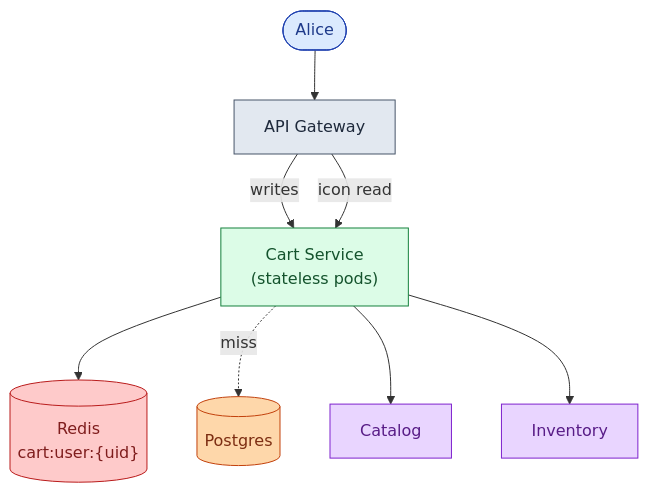
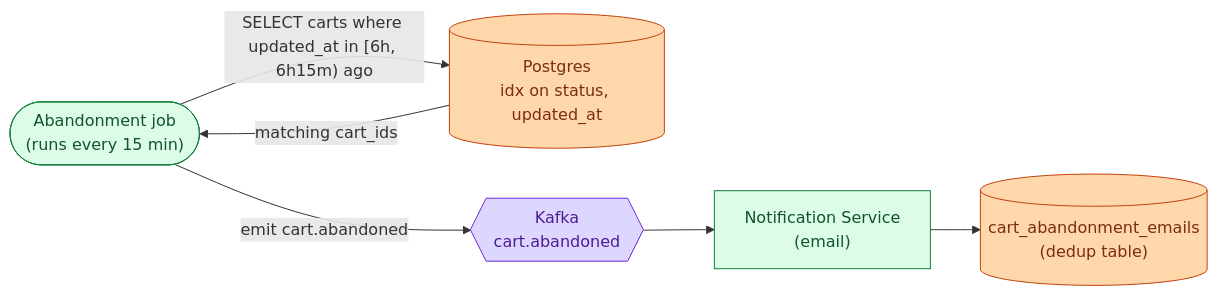
One commit to shiningflash/shiningflash.github.io changed the seventh of 16 diagrams in _practice/system-design/012-shopping-cart.md. Above: the diagram before and after it, drawn with Mermaid. The commit also changed other lines of this file and 18 other files, not shown here.

````diff
--- a/_practice/system-design/012-shopping-cart.md
+++ b/_practice/system-design/012-shopping-cart.md
@@ -326,17 +373,18 @@
 ```mermaid
-flowchart TB
-    C([Alice]):::user --> GW["API Gateway"]:::edge
-    GW -->|writes| CS["Cart Service<br/>(stateless pods)"]:::app
-    GW -->|icon read| CS
-    CS --> R[("Redis<br/>cart:user:{uid}")]:::cache
-    CS -.miss.-> DB[("Postgres")]:::db
-    CS --> Cat["Catalog"]:::ext
-    CS --> Inv["Inventory"]:::ext
+flowchart LR
+    Job(["Abandonment job<br/>(runs every 15 min)"]):::app
+    DB[("Postgres<br/>idx on status, updated_at")]:::db
+    K{{"Kafka<br/>cart.abandoned"}}:::queue
+    Email["Notification Service<br/>(email)"]:::app
+    Dedup[("cart_abandonment_emails<br/>(dedup table)")]:::db
 
-    classDef user fill:#dbeafe,stroke:#1e40af,color:#1e3a8a
-    classDef edge fill:#e2e8f0,stroke:#475569,color:#1e293b
+    Job -->|"SELECT carts where updated_at in [6h, 6h15m) ago"| DB
+    DB -->|"matching cart_ids"| Job
+    Job -->|"emit cart.abandoned"| K
+    K --> Email
+    Email --> Dedup
+
     classDef app fill:#dcfce7,stroke:#15803d,color:#14532d
     classDef db fill:#fed7aa,stroke:#c2410c,color:#7c2d12
-    classDef cache fill:#fecaca,stroke:#b91c1c,color:#7f1d1d
-    classDef ext fill:#e9d5ff,stroke:#7e22ce,color:#581c87
+    classDef queue fill:#ddd6fe,stroke:#6d28d9,color:#4c1d95
 ```
````
